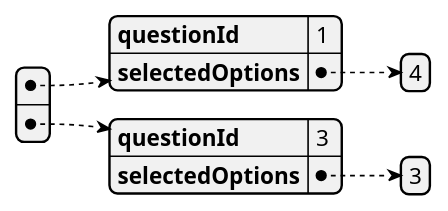
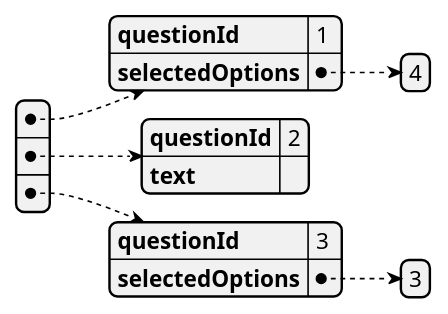
One commit to MattiaRiola/WA1_exam_survey changed the fifth of 6 diagrams in README.md. Above: the diagram before and after it, drawn with PlantUML. The commit also changed 1 other file, not shown here.

Commit message:
fix: db Luigi answers

````diff
--- a/README.md
+++ b/README.md
@@ -81,5 +81,5 @@
 ```plantuml
 @startjson
-[{"questionId":1,"selectedOptions":[4]},{"questionId":3,"selectedOptions":[3]}]
+[{"questionId":1,"selectedOptions":[4]},{"questionId":2,"text":""},{"questionId":3,"selectedOptions":[3]}]
 @endjson
 ```
````
